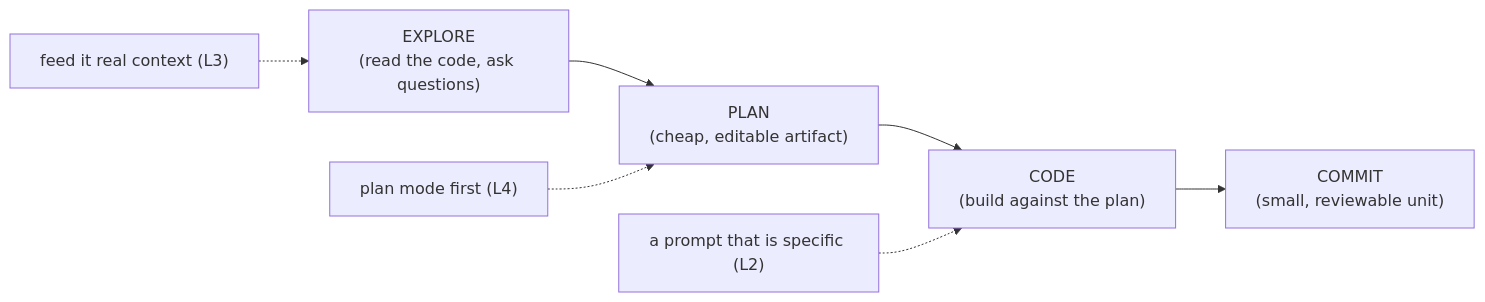
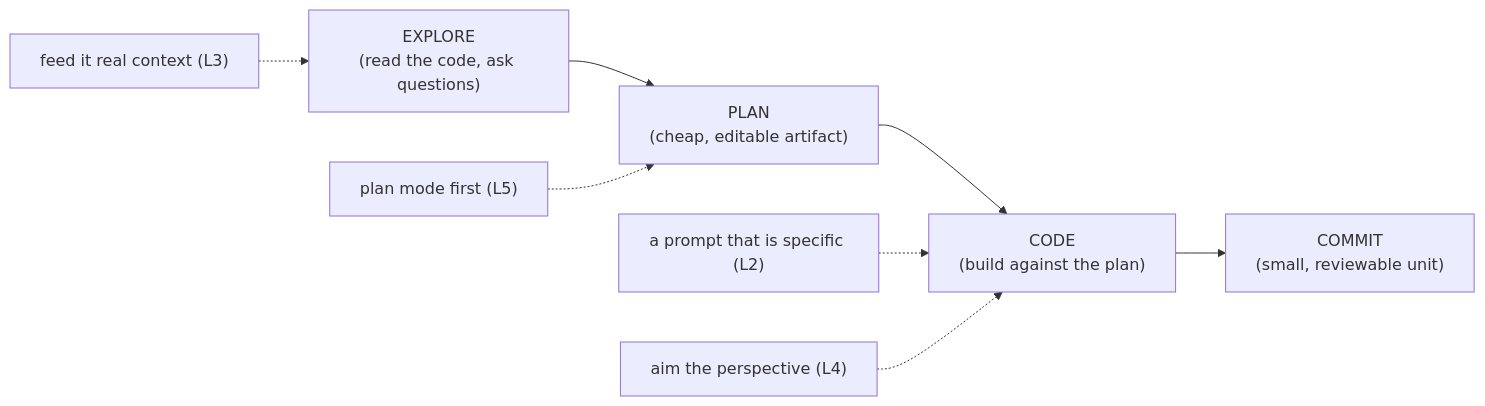
Before and after one commit to CodyAMaughan/agent-first-engineering: the diagram in docs/curriculum/01-fundamentals/index.md, drawn with Mermaid. The commit also changed other lines of this file and 6 other files, not shown here.

````diff
--- a/docs/curriculum/01-fundamentals/index.md
+++ b/docs/curriculum/01-fundamentals/index.md
@@ -50,9 +52,10 @@
 ```mermaid
 flowchart LR
     E["EXPLORE<br/>(read the code, ask questions)"] --> P["PLAN<br/>(cheap, editable artifact)"]
     P --> C["CODE<br/>(build against the plan)"]
     C --> CM["COMMIT<br/>(small, reviewable unit)"]
     L3["feed it real context (L3)"] -.-> E
-    L4["plan mode first (L4)"] -.-> P
+    L5["plan mode first (L5)"] -.-> P
     L2["a prompt that is specific (L2)"] -.-> C
+    L4["aim the perspective (L4)"] -.-> C
 ```
````
